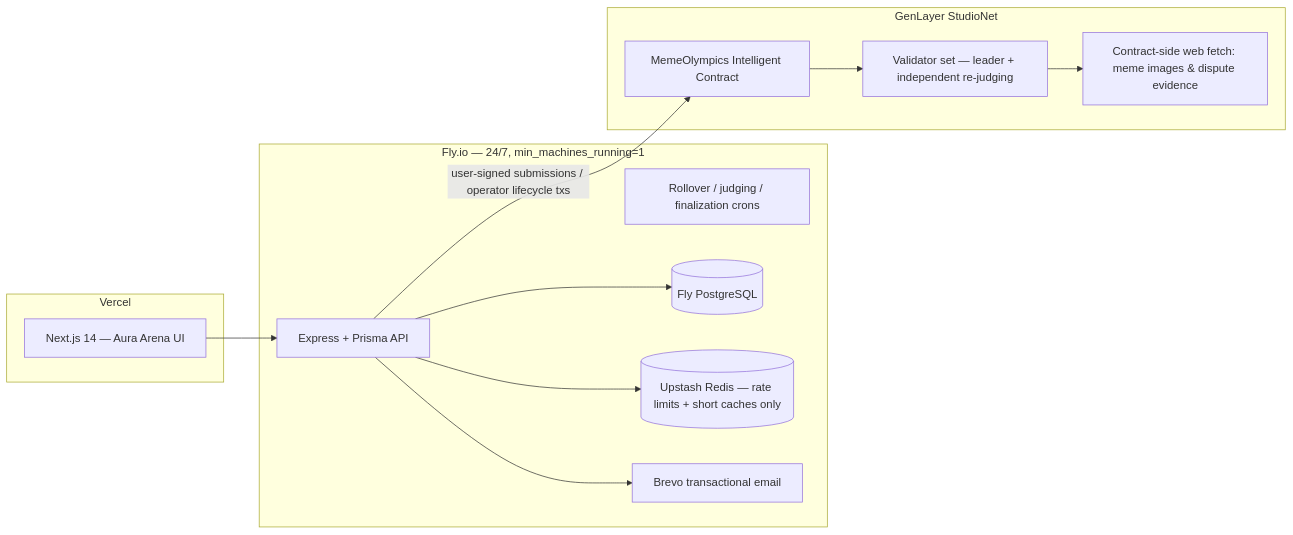
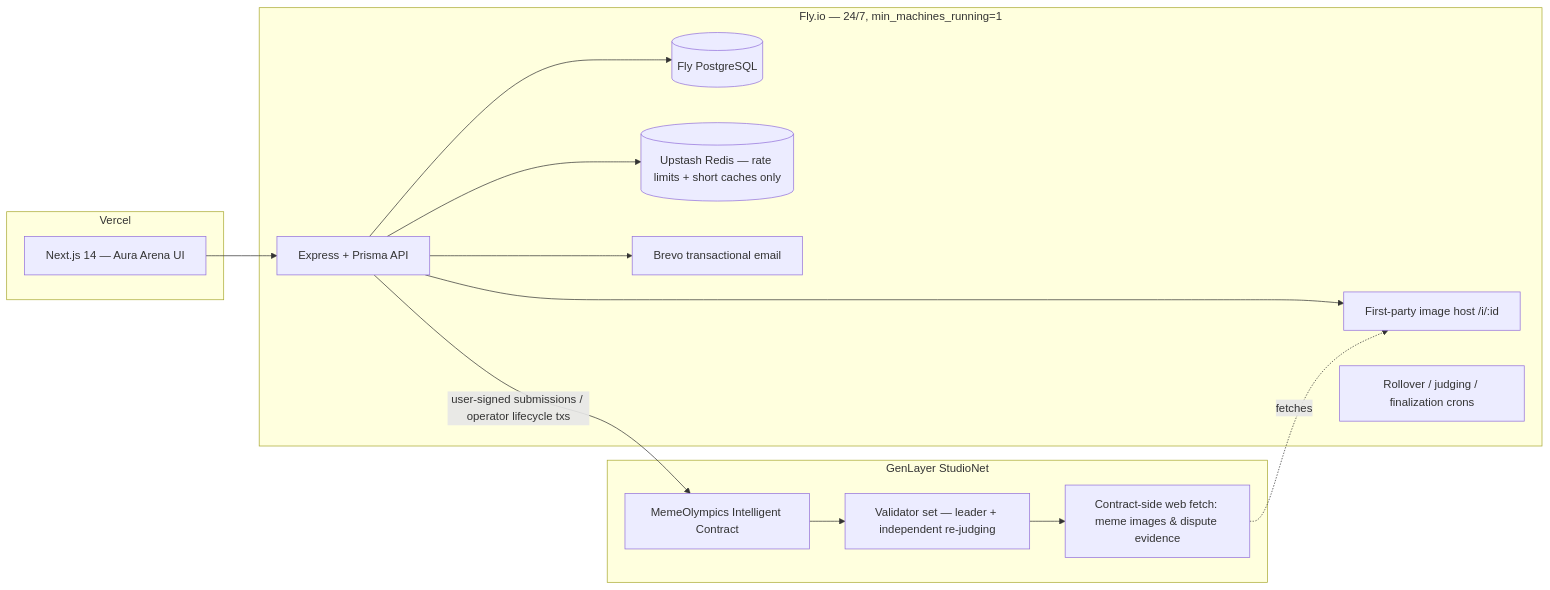
The first of 2 diagrams in README.md (zoefunds/Meme-olympics), drawn with Mermaid before and after one commit. The commit also changed other lines of this file, not shown here.

Commit message:
README: reflect first-party image hosting, disputes UI, arena selector, verified 24/7 + Redis reliability

````diff
--- a/README.md
+++ b/README.md
@@ -34,22 +34,25 @@
 ```mermaid
 flowchart LR
   subgraph Client [Vercel]
     FE[Next.js 14 — Aura Arena UI]
   end
   subgraph API [Fly.io — 24/7, min_machines_running=1]
     BE[Express + Prisma API]
+    IMG[First-party image host /i/:id]
     CRON[Rollover / judging / finalization crons]
     PG[(Fly PostgreSQL)]
     RD[(Upstash Redis — rate limits + short caches only)]
     BREVO[Brevo transactional email]
   end
   subgraph Chain [GenLayer StudioNet]
     IC[MemeOlympics Intelligent Contract]
     VAL[Validator set — leader + independent re-judging]
     WEB[Contract-side web fetch: meme images & dispute evidence]
   end
   FE --> BE
   BE --> PG & RD & BREVO
+  BE --> IMG
   BE -- user-signed submissions / operator lifecycle txs --> IC
   IC --> VAL --> WEB
+  WEB -.fetches.-> IMG
 ```
````
